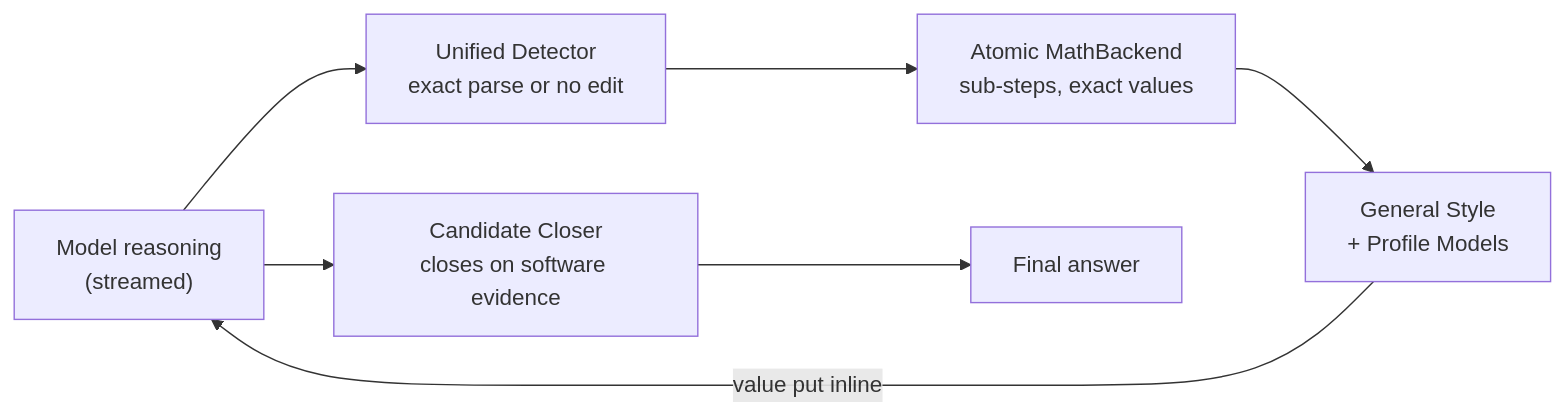
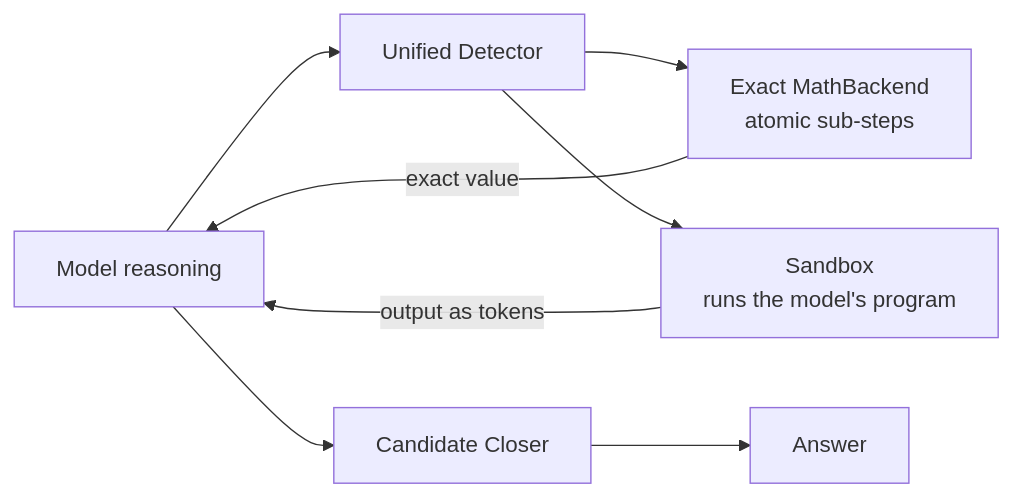
One commit to xenodeve/xenodeve changed the diagram in README.md. Above: the diagram before and after it, drawn with Mermaid. The commit also changed other lines of this file, not shown here.

First line of the commit message:
docs(readme): the MIP section shorter - MIP + Sandbox's principle, a benchmark table with the A100, one-line issue trail

````diff
--- a/README.md
+++ b/README.md
@@ -13,9 +13,9 @@
 ```mermaid
 flowchart LR
-    R["Model reasoning<br/>(streamed)"] --> D["Unified Detector<br/>exact parse or no edit"]
-    D --> M["Atomic MathBackend<br/>sub-steps, exact values"]
-    M --> S["General Style<br/>+ Profile Models"]
-    S -->|"value put inline"| R
-    R --> C["Candidate Closer<br/>closes on software evidence"]
-    C --> A["Final answer"]
+    R["Model reasoning"] --> D["Unified Detector"]
+    D --> M["Exact MathBackend<br/>atomic sub-steps"]
+    D --> X["Sandbox<br/>runs the model's program"]
+    M -->|"exact value"| R
+    X -->|"output as tokens"| R
+    R --> C["Candidate Closer"] --> A["Answer"]
 ```
````
